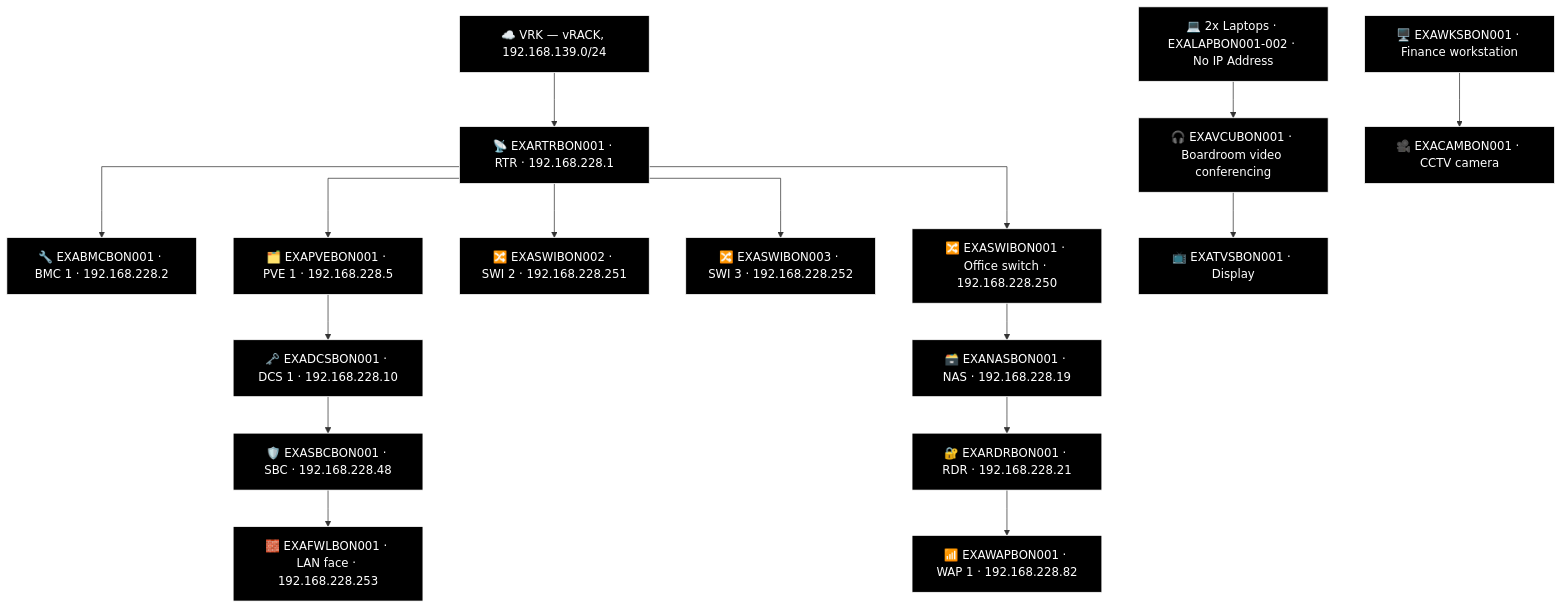
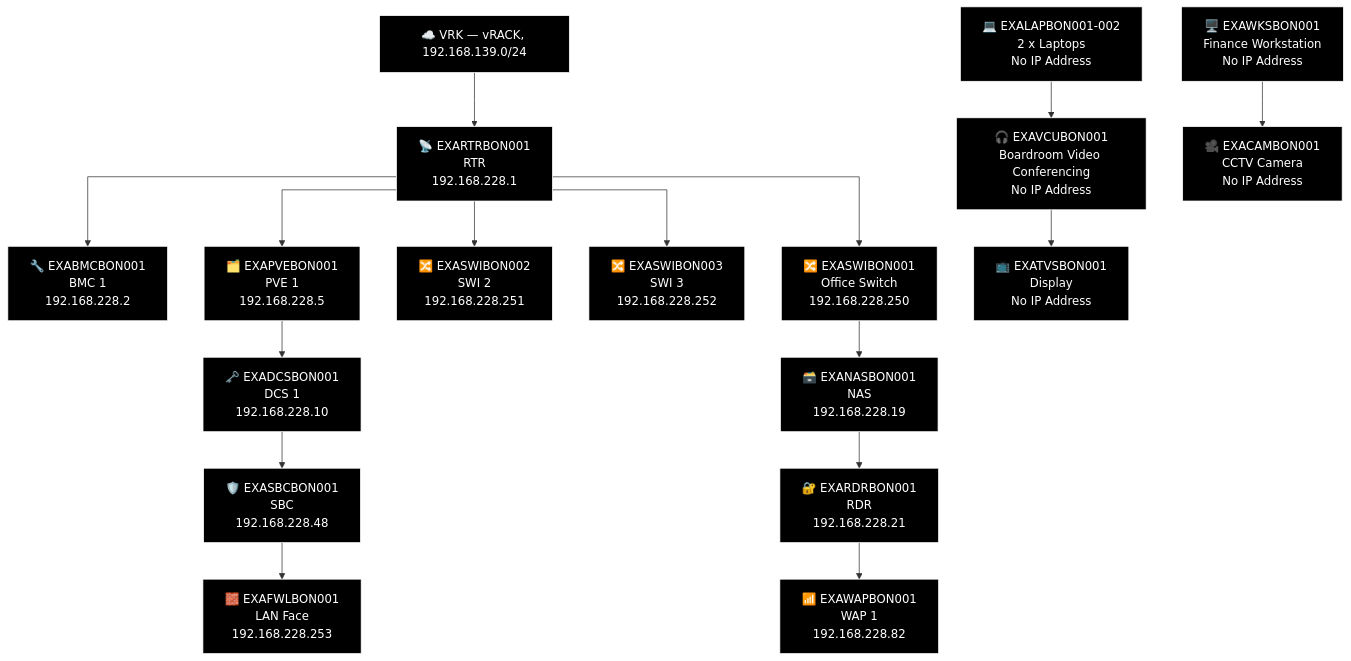
Before and after one commit to knightmare2600/example_music_infra: the second of 10 diagrams in docs/network-diagram/deutschland.md, drawn with Mermaid. The commit also changed other lines of this file and 18 other files, not shown here.

````diff
--- a/docs/network-diagram/deutschland.md
+++ b/docs/network-diagram/deutschland.md
@@ -51,52 +51,52 @@
 ```mermaid
 %% GENERATED:TOPOLOGY:BON:START
 %%{init: {'flowchart': {'curve': 'stepAfter'}}}%%
 graph TD
     T_VRK["☁️ VRK — vRACK, 192.168.139.0/24"]
-    T_RTR["📡 EXARTRBON001 · RTR · 192.168.228.1"]
+    T_RTR["📡 EXARTRBON001<br/>RTR<br/>192.168.228.1"]
     T_VRK --> T_RTR
-    T_BMC["🔧 EXABMCBON001 · BMC 1 · 192.168.228.2"]
+    T_BMC["🔧 EXABMCBON001<br/>BMC 1<br/>192.168.228.2"]
     T_RTR --> T_BMC
-    T_PVE["🗂️ EXAPVEBON001 · PVE 1 · 192.168.228.5"]
+    T_PVE["🗂️ EXAPVEBON001<br/>PVE 1<br/>192.168.228.5"]
     T_RTR --> T_PVE
-    T_SWI["🔀 EXASWIBON002 · SWI 2 · 192.168.228.251"]
+    T_SWI["🔀 EXASWIBON002<br/>SWI 2<br/>192.168.228.251"]
     T_RTR --> T_SWI
-    T_SWI2["🔀 EXASWIBON003 · SWI 3 · 192.168.228.252"]
+    T_SWI2["🔀 EXASWIBON003<br/>SWI 3<br/>192.168.228.252"]
     T_RTR --> T_SWI2
-    T_SWI3["🔀 EXASWIBON001 · Office switch · 192.168.228.250"]
+    T_SWI3["🔀 EXASWIBON001<br/>Office Switch<br/>192.168.228.250"]
     T_RTR --> T_SWI3
-    T_NAS["🗃️ EXANASBON001 · NAS · 192.168.228.19"]
-    T_RDR["🔐 EXARDRBON001 · RDR · 192.168.228.21"]
-    T_WAP["📶 EXAWAPBON001 · WAP 1 · 192.168.228.82"]
+    T_NAS["🗃️ EXANASBON001<br/>NAS<br/>192.168.228.19"]
+    T_RDR["🔐 EXARDRBON001<br/>RDR<br/>192.168.228.21"]
+    T_WAP["📶 EXAWAPBON001<br/>WAP 1<br/>192.168.228.82"]
     T_SWI3 --> T_NAS --> T_RDR --> T_WAP
-    T_DCS["🗝️ EXADCSBON001 · DCS 1 · 192.168.228.10"]
-    T_SBC["🛡️ EXASBCBON001 · SBC · 192.168.228.48"]
-    T_FWL["🧱 EXAFWLBON001 · LAN face · 192.168.228.253"]
+    T_DCS["🗝️ EXADCSBON001<br/>DCS 1<br/>192.168.228.10"]
+    T_SBC["🛡️ EXASBCBON001<br/>SBC<br/>192.168.228.48"]
+    T_FWL["🧱 EXAFWLBON001<br/>LAN Face<br/>192.168.228.253"]
     T_PVE --> T_DCS --> T_SBC --> T_FWL
-    T_OTH_LAP["💻 2x Laptops · EXALAPBON001-002 · No IP Address"]
-    T_WKS["🖥️ EXAWKSBON001 · Finance workstation"]
-    T_VCU["🎧 EXAVCUBON001 · Boardroom video conferencing"]
-    T_CAM["🎥 EXACAMBON001 · CCTV camera"]
-    T_TVS["📺 EXATVSBON001 · Display"]
+    T_OTH_LAP["💻 EXALAPBON001-002<br/>2 x Laptops<br/>No IP Address"]
+    T_WKS["🖥️ EXAWKSBON001<br/>Finance Workstation<br/>No IP Address"]
+    T_VCU["🎧 EXAVCUBON001<br/>Boardroom Video Conferencing<br/>No IP Address"]
+    T_CAM["🎥 EXACAMBON001<br/>CCTV Camera<br/>No IP Address"]
+    T_TVS["📺 EXATVSBON001<br/>Display<br/>No IP Address"]
     T_OTH_LAP --> T_VCU --> T_TVS
     T_WKS --> T_CAM
     style T_VRK fill:#000000,stroke:#FFFFFF,color:#FFFFFF
     style T_RTR fill:#000000,stroke:#FFFFFF,color:#FFFFFF
     style T_BMC fill:#000000,stroke:#FFFFFF,color:#FFFFFF
     style T_PVE fill:#000000,stroke:#FFFFFF,color:#FFFFFF
     style T_SWI fill:#000000,stroke:#FFFFFF,color:#FFFFFF
     style T_SWI2 fill:#000000,stroke:#FFFFFF,color:#FFFFFF
     style T_SWI3 fill:#000000,stroke:#FFFFFF,color:#FFFFFF
     style T_NAS fill:#000000,stroke:#FFFFFF,color:#FFFFFF
     style T_RDR fill:#000000,stroke:#FFFFFF,color:#FFFFFF
     style T_WAP fill:#000000,stroke:#FFFFFF,color:#FFFFFF
     style T_DCS fill:#000000,stroke:#FFFFFF,color:#FFFFFF
     style T_SBC fill:#000000,stroke:#FFFFFF,color:#FFFFFF
     style T_FWL fill:#000000,stroke:#FFFFFF,color:#FFFFFF
     style T_OTH_LAP fill:#000000,stroke:#FFFFFF,color:#FFFFFF
     style T_WKS fill:#000000,stroke:#FFFFFF,color:#FFFFFF
     style T_VCU fill:#000000,stroke:#FFFFFF,color:#FFFFFF
     style T_CAM fill:#000000,stroke:#FFFFFF,color:#FFFFFF
     style T_TVS fill:#000000,stroke:#FFFFFF,color:#FFFFFF
 %% GENERATED:TOPOLOGY:BON:END
 ```
````
